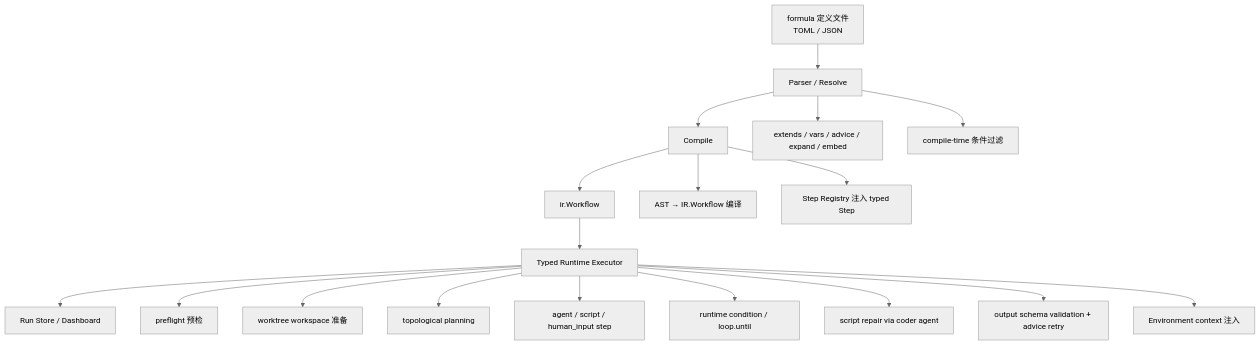
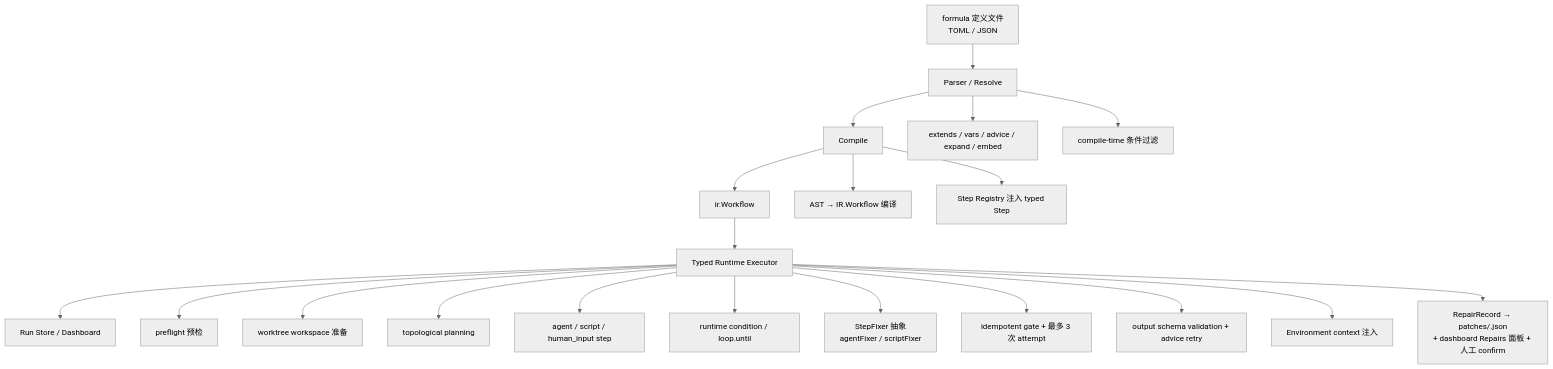
One commit to sjzsdu/tt changed the seventh of 7 diagrams in ai-docs/architecture.md. Above: the diagram before and after it, drawn with Mermaid (neutral theme). The commit also changed other lines of this file and 10 other files, not shown here.

````diff
--- a/ai-docs/architecture.md
+++ b/ai-docs/architecture.md
@@ -181,21 +183,23 @@
 ```mermaid
 flowchart TD
     A[formula 定义文件\nTOML / JSON] --> B[Parser / Resolve]
     B --> C[Compile]
     C --> D[ir.Workflow]
     D --> E[Typed Runtime Executor]
     E --> F[Run Store / Dashboard]
 
     B --> B1[extends / vars / advice / expand / embed]
     B --> B2[compile-time 条件过滤]
     C --> C1[AST → IR.Workflow 编译]
     C --> C2[Step Registry 注入 typed Step]
     E --> E1[preflight 预检]
     E --> E2[worktree workspace 准备]
     E --> E3[topological planning]
     E --> E4[agent / script / human_input step]
     E --> E5[runtime condition / loop.until]
-    E --> E6[script repair via coder agent]
-    E --> E7[output schema validation + advice retry]
-    E --> E8[Environment context 注入]
+    E --> E6[StepFixer 抽象<br/>agentFixer / scriptFixer]
+    E --> E7[idempotent gate + 最多 3 次 attempt]
+    E --> E8[output schema validation + advice retry]
+    E --> E9[Environment context 注入]
+    E --> E10[RepairRecord → patches/<run-id>.json<br/>+ dashboard Repairs 面板 + 人工 confirm]
 ```
````
